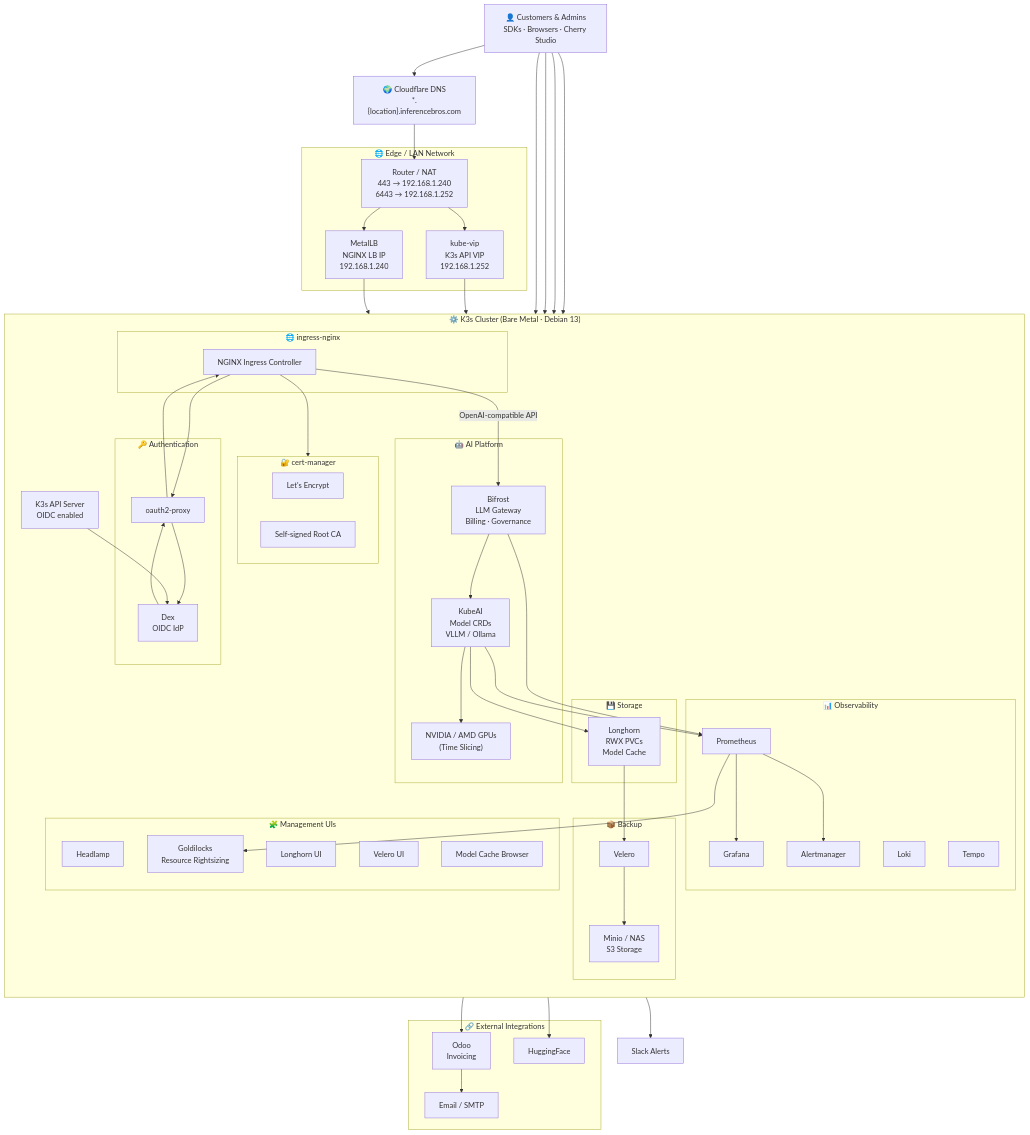
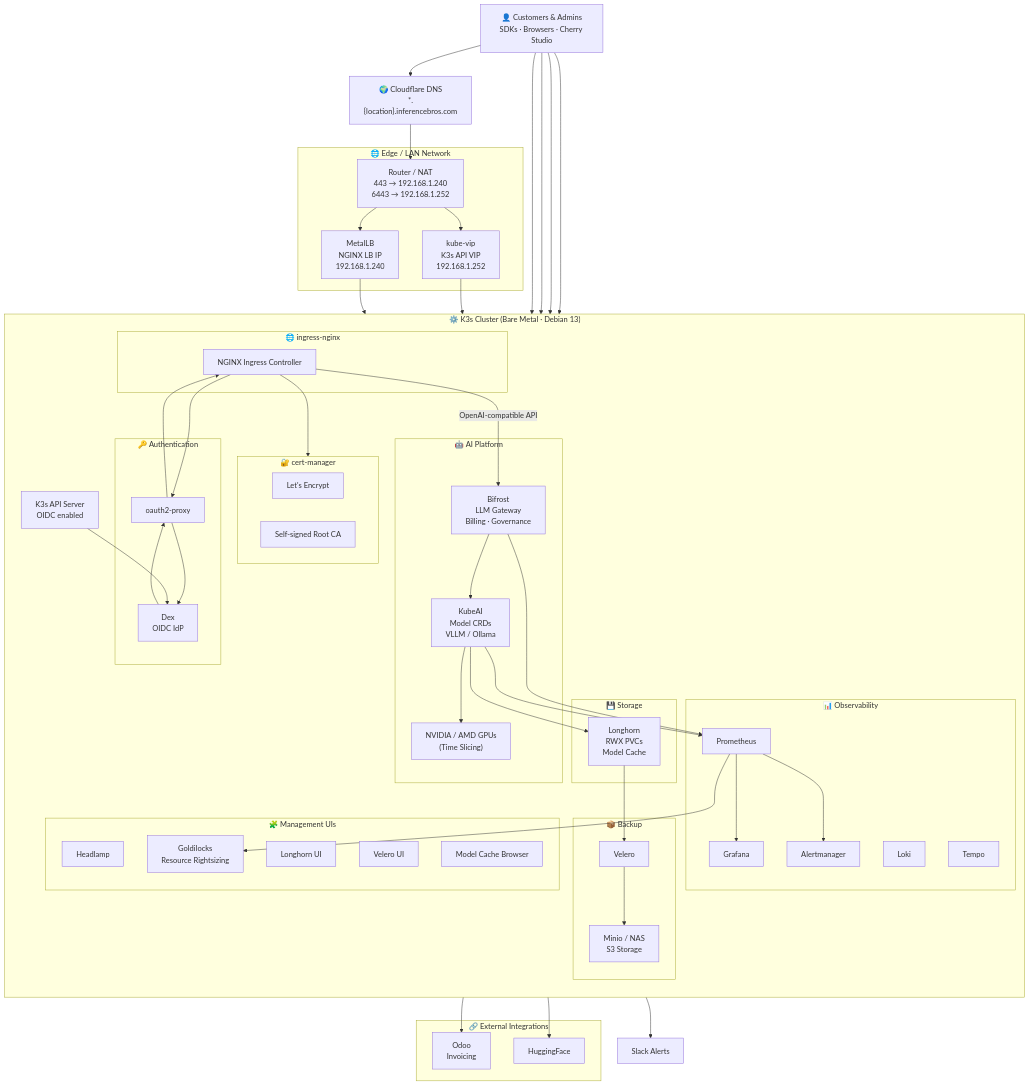
One commit to alinflorin/inference-bros changed the diagram in README.md. Above: the diagram before and after it, drawn with Mermaid. The commit also changed other lines of this file and 8 other files, not shown here.

```diff
--- a/README.md
+++ b/README.md
@@ -541,12 +541,10 @@
   subgraph EXT["🔗 External Integrations"]
     ODOO["Odoo
 Invoicing"]
-    SMTP["Email / SMTP"]
     HF["HuggingFace"]
   end
 
   BIFROST --> ODOO
-  ODOO --> SMTP
   KUBEAI --> HF
 
   %% =====================================================
```
